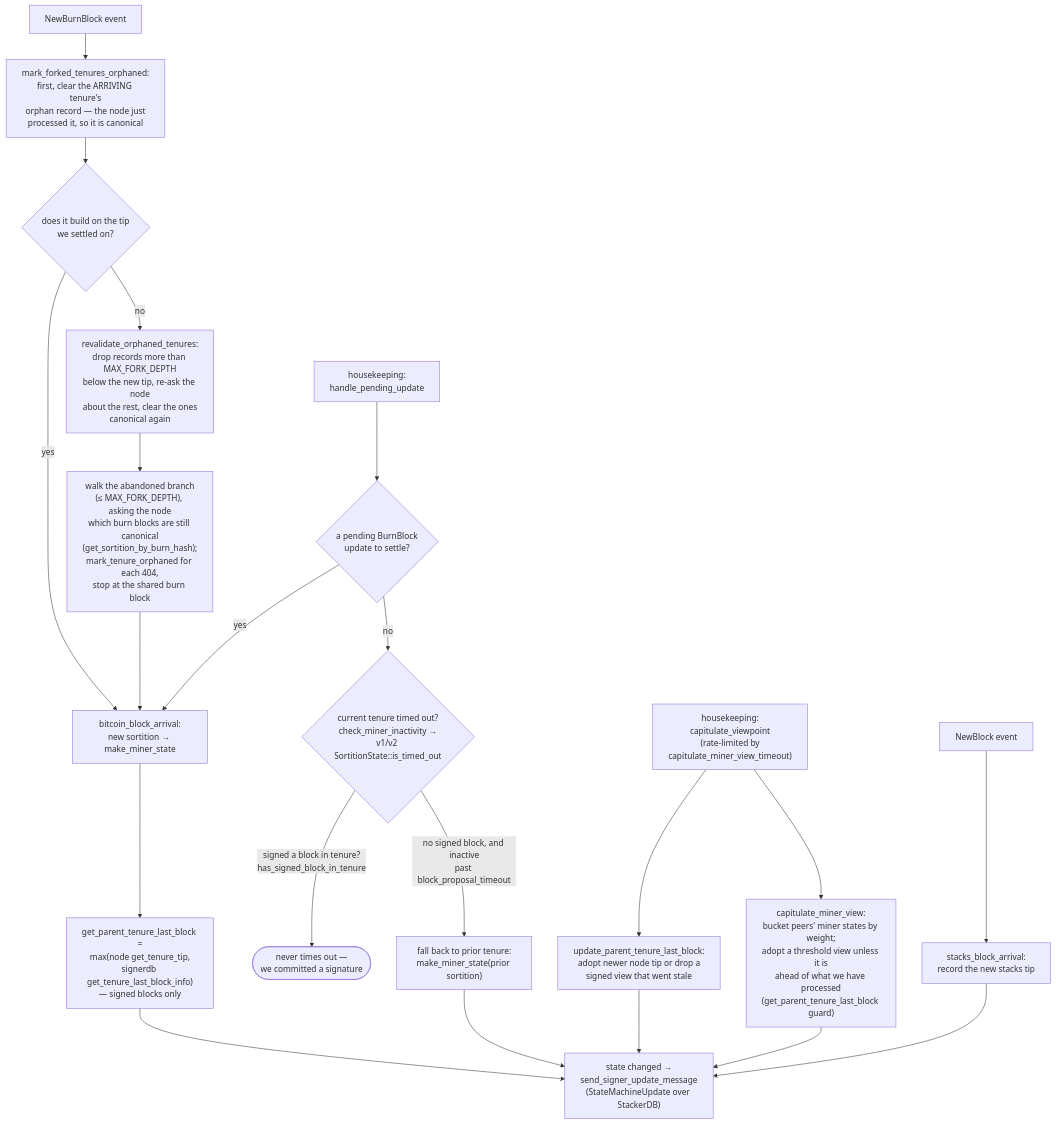
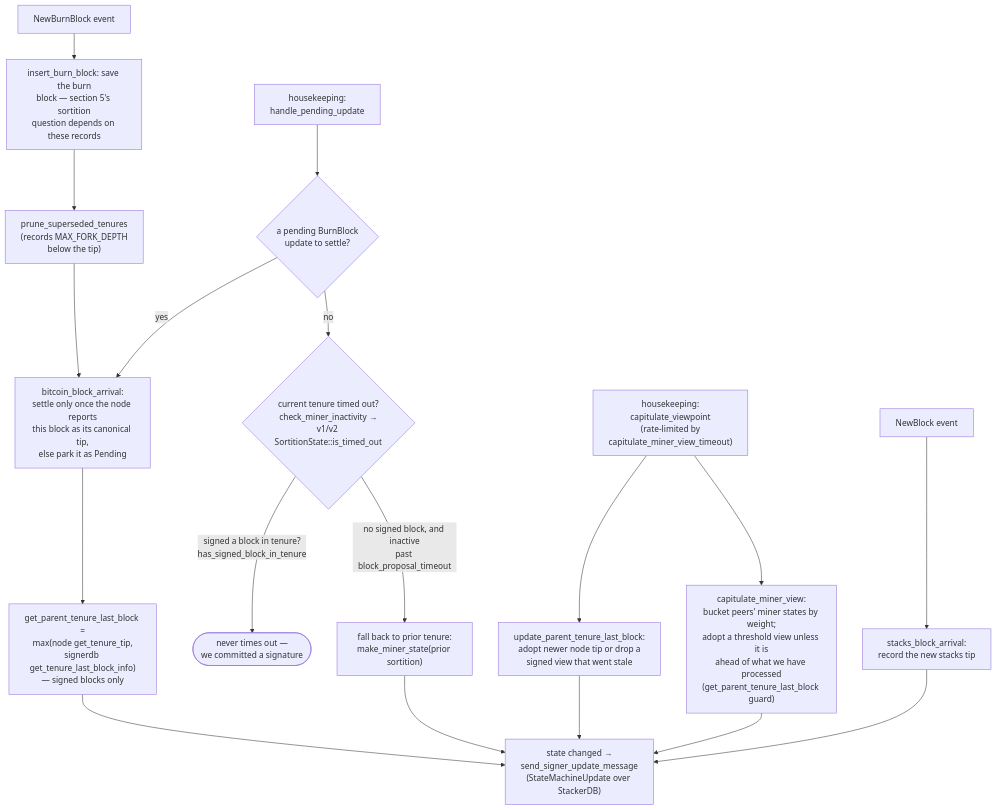
The ninth of 9 diagrams in docs/signer-flows.md (stacks-network/stacks-core), drawn with Mermaid before and after one commit. The commit also changed other lines of this file and 5 other files, not shown here.

First line of the commit message:
refactor: derive conflicting block liveness from the node

````diff
--- a/docs/signer-flows.md
+++ b/docs/signer-flows.md
@@ -394,22 +437,19 @@
 ```mermaid
 flowchart TB
-    BB["NewBurnBlock event"] --> CLR["mark_forked_tenures_orphaned:<br/>first, clear the ARRIVING tenure's<br/>orphan record — the node just<br/>processed it, so it is canonical"]
-    CLR --> FORK{"does it build on the tip<br/>we settled on?"}
-    FORK -- yes --> ARR
-    FORK -- no --> REVAL["revalidate_orphaned_tenures:<br/>drop records more than MAX_FORK_DEPTH<br/>below the new tip, re-ask the node<br/>about the rest, clear the ones<br/>canonical again"]
-    REVAL --> ORPH["walk the abandoned branch<br/>(≤ MAX_FORK_DEPTH), asking the node<br/>which burn blocks are still canonical<br/>(get_sortition_by_burn_hash);<br/>mark_tenure_orphaned for each 404,<br/>stop at the shared burn block"]
-    ORPH --> ARR["bitcoin_block_arrival:<br/>new sortition → make_miner_state"]
+    BB["NewBurnBlock event"] --> SAVE["insert_burn_block: save the burn<br/>block — section 5's sortition<br/>question depends on these records"]
+    SAVE --> PRUNE["prune_superseded_tenures<br/>(records MAX_FORK_DEPTH<br/>below the tip)"]
+    PRUNE --> ARR["bitcoin_block_arrival:<br/>settle only once the node reports<br/>this block as its canonical tip,<br/>else park it as Pending"]
     ARR --> GPT["get_parent_tenure_last_block =<br/>max(node get_tenure_tip,<br/>signerdb get_tenure_last_block_info)<br/>— signed blocks only"]
     HPU["housekeeping:<br/>handle_pending_update"] --> PEND{"a pending BurnBlock<br/>update to settle?"}
     PEND -- yes --> ARR
     PEND -- no --> TO{"current tenure timed out?<br/>check_miner_inactivity →<br/>v1/v2 SortitionState::is_timed_out"}
     TO -- "signed a block in tenure?<br/>has_signed_block_in_tenure" --> NEVER(["never times out —<br/>we committed a signature"])
     TO -- "no signed block, and inactive<br/>past block_proposal_timeout" --> FALL["fall back to prior tenure:<br/>make_miner_state(prior sortition)"]
     TICK["housekeeping:<br/>capitulate_viewpoint<br/>(rate-limited by<br/>capitulate_miner_view_timeout)"] --> UPD["update_parent_tenure_last_block:<br/>adopt newer node tip or drop a<br/>signed view that went stale"]
     TICK --> CAP["capitulate_miner_view:<br/>bucket peers' miner states by weight;<br/>adopt a threshold view unless it is<br/>ahead of what we have processed<br/>(get_parent_tenure_last_block guard)"]
     GPT --> SEND["state changed →<br/>send_signer_update_message<br/>(StateMachineUpdate over StackerDB)"]
     FALL --> SEND
     UPD --> SEND
     CAP --> SEND
     NB["NewBlock event"] --> SBA["stacks_block_arrival:<br/>record the new stacks tip"] --> SEND
 ```
````
